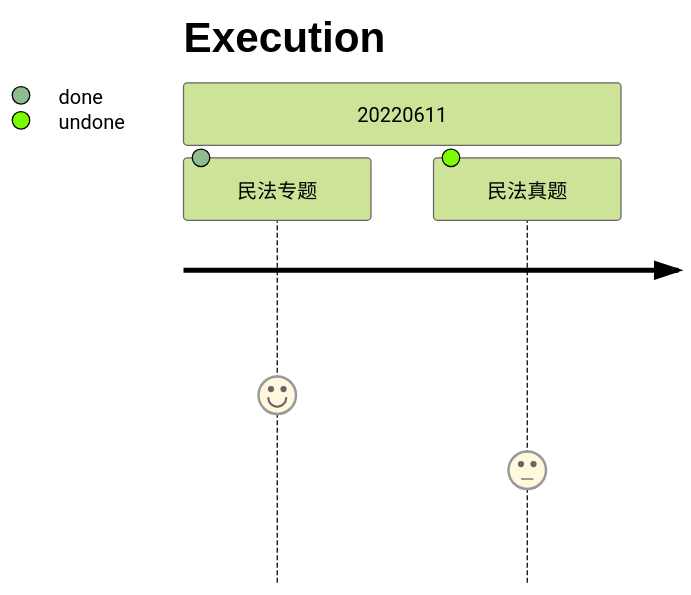
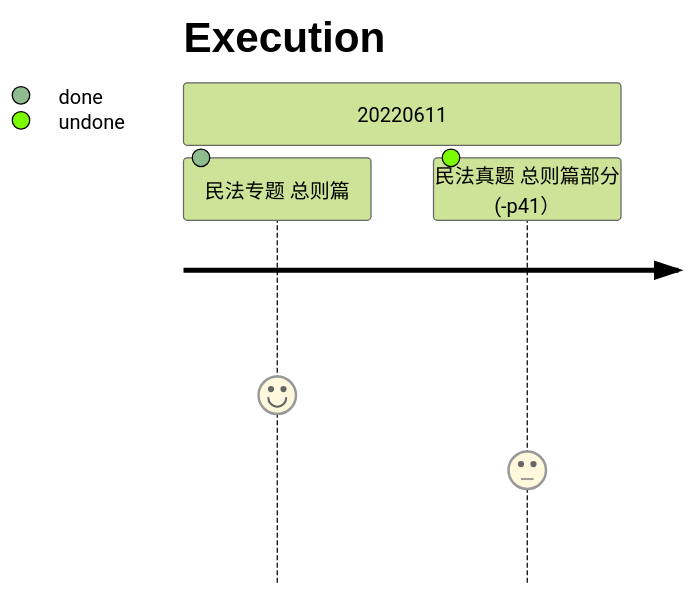
The second of 4 diagrams in index.md (MInsYang/100dayQEforLP), drawn with Mermaid (forest theme) before and after one commit. The commit also changed other lines of this file, not shown here.

````diff
--- a/index.md
+++ b/index.md
@@ -81,7 +81,7 @@
 ```mermaid
 journey
   title Execution
   section 20220611
-    民法专题    : 5:done
-    民法真题    : 3:undone
+    民法专题  总则篇: 5:done
+    民法真题  总则篇部分(-p41）: 3:undone
 ```
````
